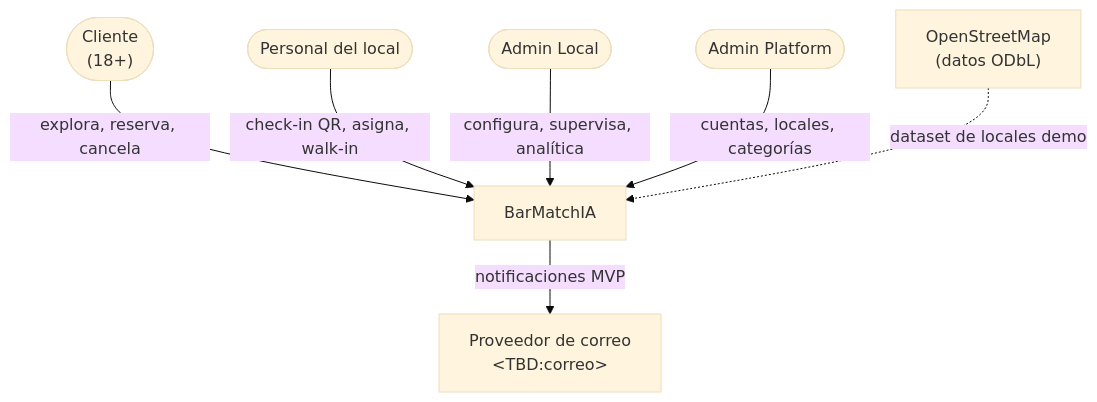
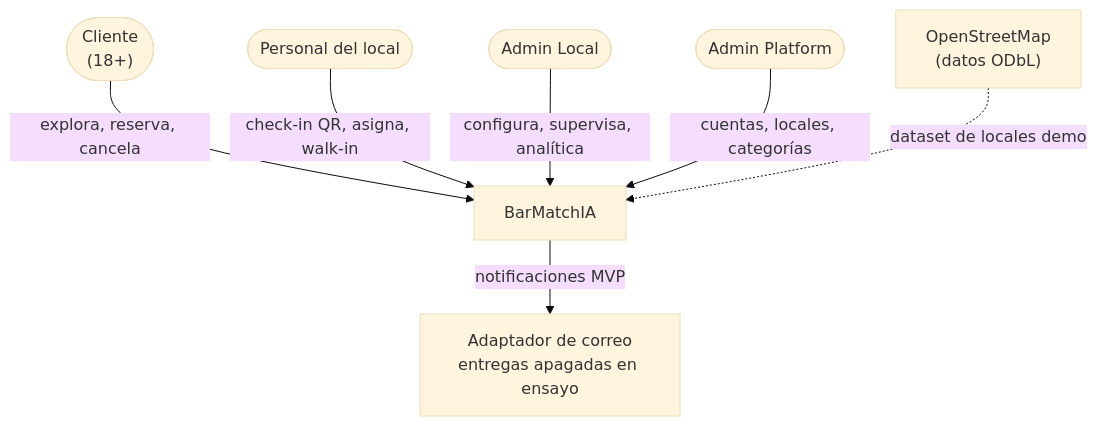
Before and after one commit to DanGodfray/Proyecto_Capstone_Barmatch: the first of 2 diagrams in FASE_2/Evidencias Proyecto/Evidencias de documentación/00BarMatchIA_MarcoAgil/05_diseno/01_arquitectura.md, drawn with Mermaid (base theme). The commit also changed other lines of this file and 26 other files, not shown here.

````diff
--- a/FASE_2/Evidencias Proyecto/Evidencias de documentación/00BarMatchIA_MarcoAgil/05_diseno/01_arquitectura.md
+++ b/FASE_2/Evidencias Proyecto/Evidencias de documentación/00BarMatchIA_MarcoAgil/05_diseno/01_arquitectura.md
@@ -14,17 +14,17 @@
 ```mermaid
 flowchart TB
   C(["Cliente<br/>(18+)"])
   P(["Personal del local"])
   AL(["Admin Local"])
   AP(["Admin Platform"])
   SYS["BarMatchIA"]
-  MAIL["Proveedor de correo<br/>&lt;TBD:correo&gt;"]
+  MAIL["Adaptador de correo<br/>entregas apagadas en ensayo"]
   OSM["OpenStreetMap<br/>(datos ODbL)"]
 
   C -->|"explora, reserva, cancela"| SYS
   P -->|"check-in QR, asigna, walk-in"| SYS
   AL -->|"configura, supervisa, analítica"| SYS
   AP -->|"cuentas, locales, categorías"| SYS
   SYS -->|"notificaciones MVP"| MAIL
   OSM -.->|"dataset de locales demo"| SYS
 ```
````
